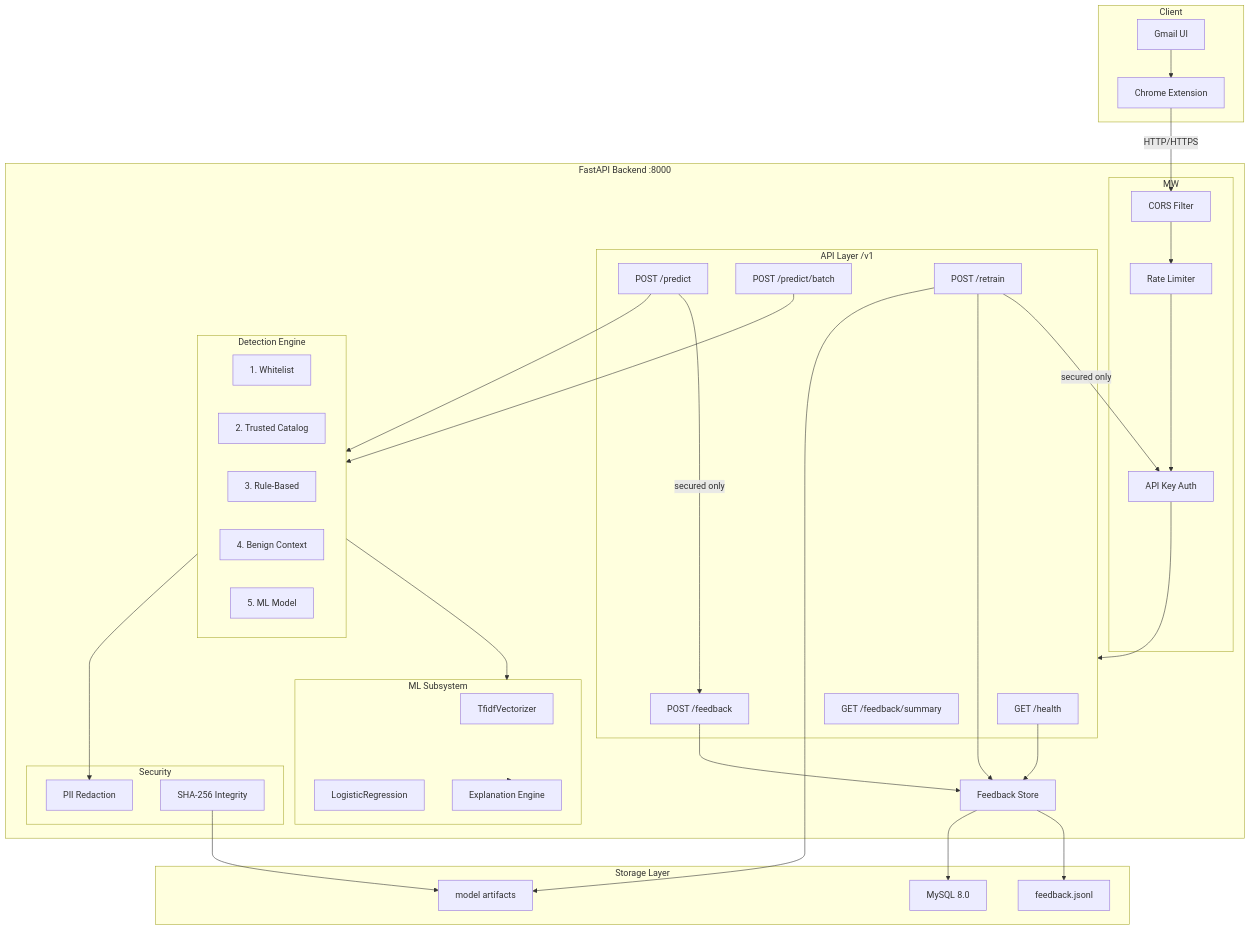
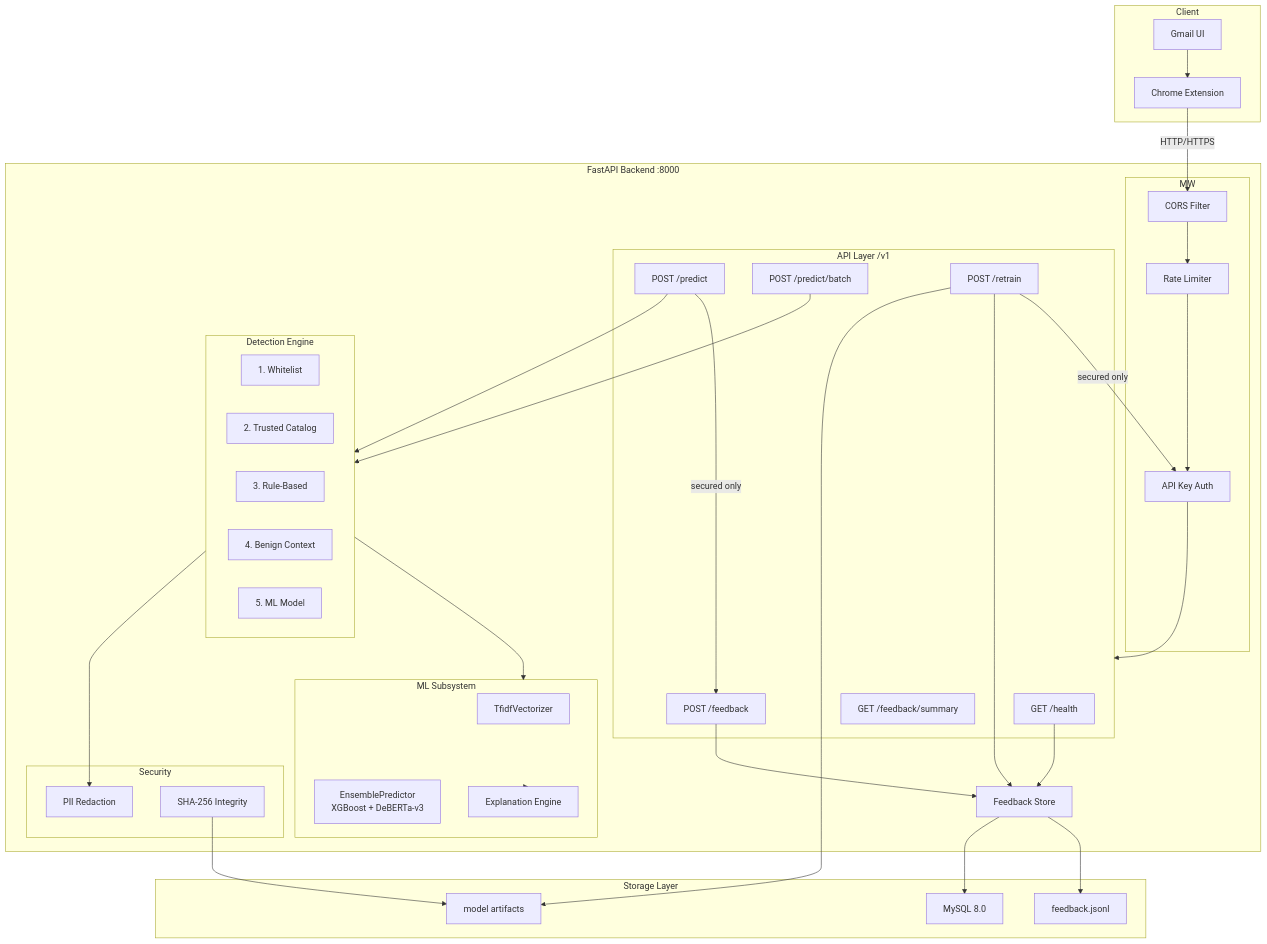
One commit to AVijit005/Spam-Email-Detection changed the first of 9 diagrams in docs/ARCHITECTURE.md. Above: the diagram before and after it, drawn with Mermaid. The commit also changed other lines of this file and 12 other files, not shown here.

````diff
--- a/docs/ARCHITECTURE.md
+++ b/docs/ARCHITECTURE.md
@@ -5,75 +5,75 @@
 ```mermaid
 graph TB
     subgraph Client
         GM[Gmail UI]
         CE[Chrome Extension]
         GM --> CE
     end
 
     subgraph Backend["FastAPI Backend :8000"]
         MW[Middleware Layer]
         subgraph MW
             CORS[CORS Filter]
             RL[Rate Limiter]
             AUTH[API Key Auth]
         end
 
         subgraph API["API Layer /v1"]
             H[GET /health]
             P[POST /predict]
             PB[POST /predict/batch]
             F[POST /feedback]
             FS[GET /feedback/summary]
             R[POST /retrain]
         end
 
         subgraph Engine["Detection Engine"]
             W[1. Whitelist]
             TC[2. Trusted Catalog]
             RB[3. Rule-Based]
             BC[4. Benign Context]
             ML[5. ML Model]
         end
 
         subgraph MLSub["ML Subsystem"]
             VEC[TfidfVectorizer]
-            LR[LogisticRegression]
+            ENS[EnsemblePredictor<br/>XGBoost + DeBERTa-v3]
             EXP[Explanation Engine]
         end
 
         subgraph Security["Security"]
             PII[PII Redaction]
             SHA[SHA-256 Integrity]
         end
 
         FSYS[Feedback Store]
     end
 
     subgraph Storage["Storage Layer"]
         JSONL[feedback.jsonl]
         MYSQL[MySQL 8.0]
         MODEL[model artifacts]
     end
 
     CE -->|HTTP/HTTPS| CORS
     CORS --> RL
     RL --> AUTH
     AUTH --> API
 
     P -->|secured only| F
     R -->|secured only| AUTH
 
     P --> Engine
     PB --> Engine
     Engine --> MLSub
     MLSub --> EXP
     Engine --> PII
     SHA --> MODEL
 
     F --> FSYS
     FSYS --> JSONL
     FSYS --> MYSQL
     R --> FSYS
     R --> MODEL
     H --> FSYS
 ```
````
